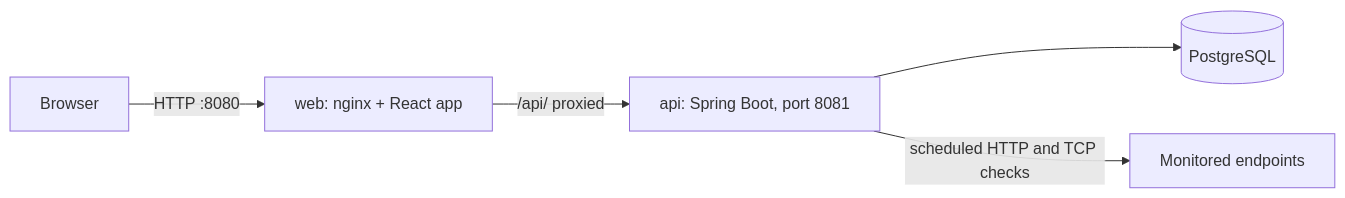
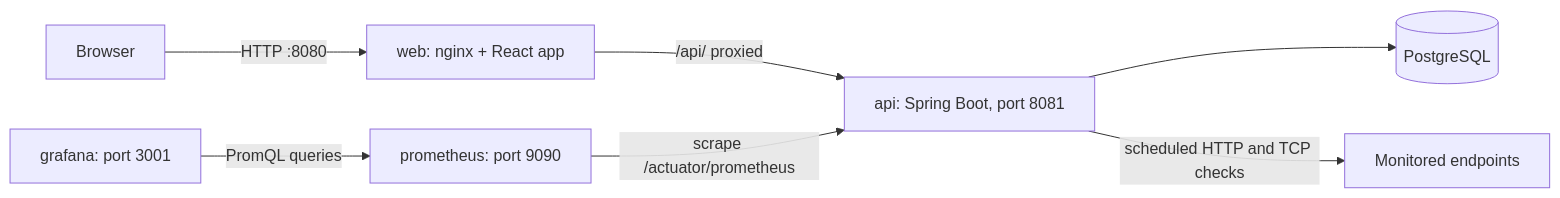
Before and after one commit to ababitsbence/pulsewatch-uptime-monitor: the diagram in README.md, drawn with Mermaid. The commit also changed other lines of this file, not shown here.

````diff
--- a/README.md
+++ b/README.md
@@ -209,7 +233,9 @@
 ```mermaid
 flowchart LR
     Browser -->|"HTTP :8080"| Web["web: nginx + React app"]
     Web -->|"/api/ proxied"| API["api: Spring Boot, port 8081"]
     API --> DB[("PostgreSQL")]
     API -->|"scheduled HTTP and TCP checks"| Targets["Monitored endpoints"]
+    Prom["prometheus: port 9090"] -->|"scrape /actuator/prometheus"| API
+    Graf["grafana: port 3001"] -->|"PromQL queries"| Prom
 ```
````
